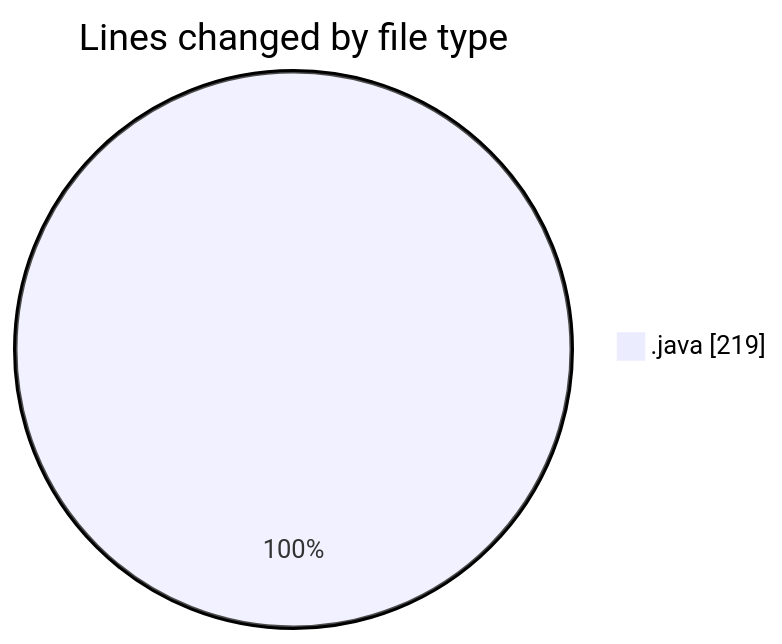
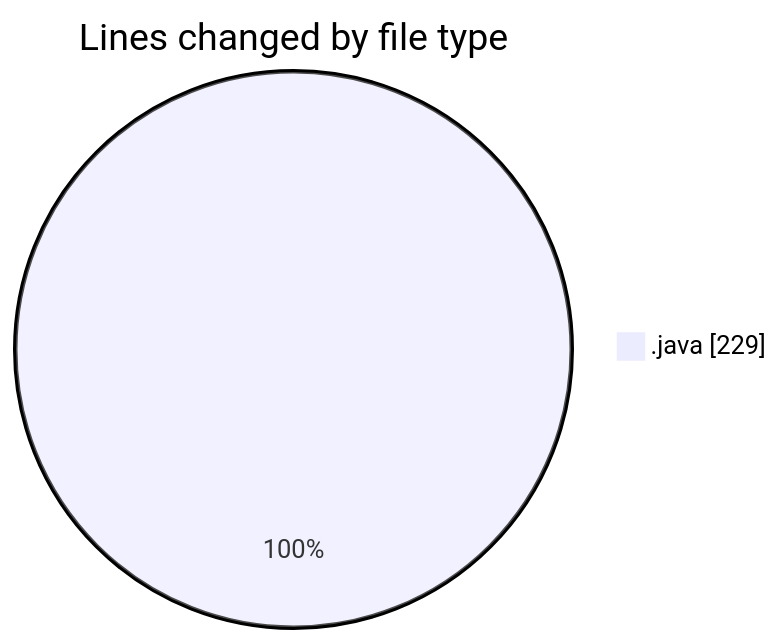
Before and after one commit to ricardozamudiocil/code-tracking: the first of 2 diagrams in 2026-05-26/cilapp/README.md, drawn with Mermaid. The commit also changed other lines of this file and 1 other file, not shown here.

````diff
--- a/2026-05-26/cilapp/README.md
+++ b/2026-05-26/cilapp/README.md
@@ -20,5 +20,5 @@
 ```mermaid
 pie showData
 title Lines changed by file type
-".java" : 219
+".java" : 229
 ```
````
